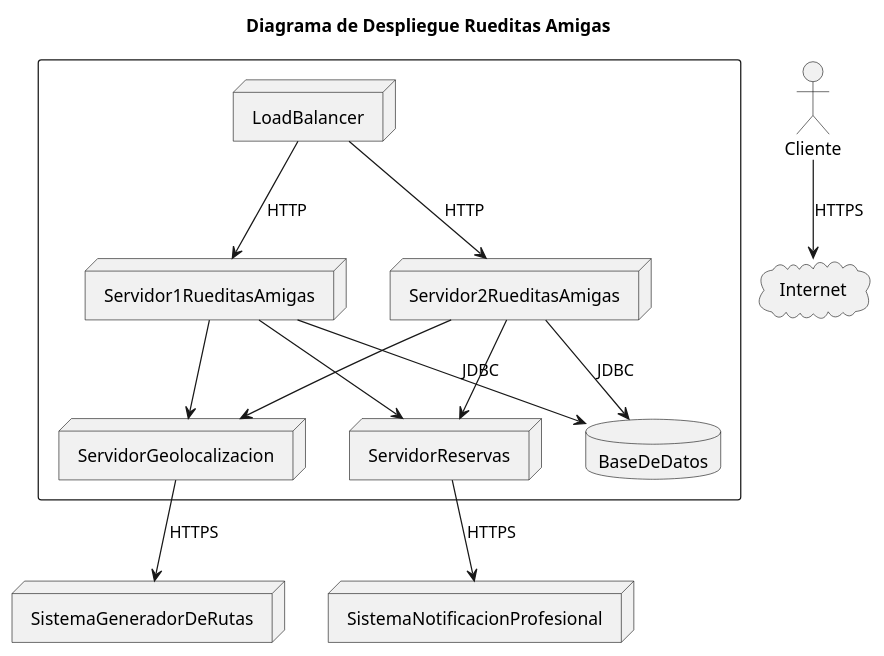
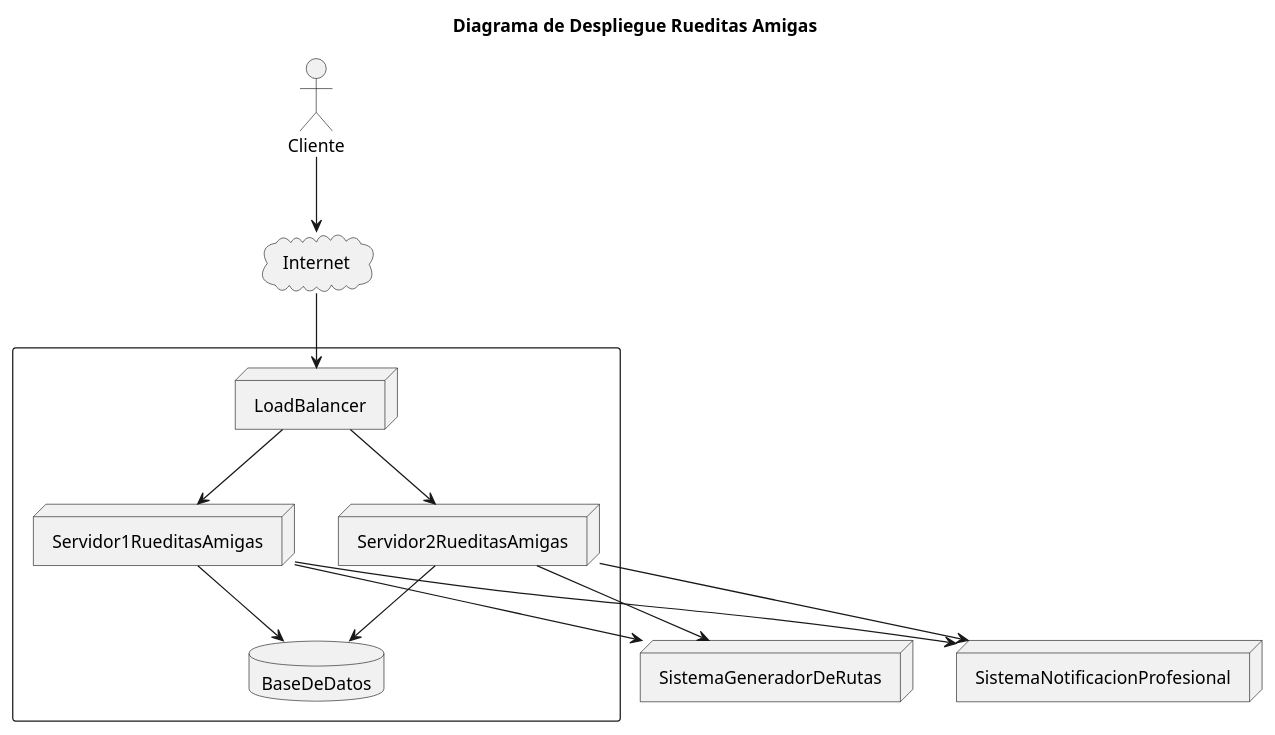
The diagram in diagrams/DiagramaDeDespliegue.puml (lrizzitano/RueditasAmigasDespliegue), drawn with PlantUML before and after one commit.

```diff
--- a/diagrams/DiagramaDeDespliegue.puml
+++ b/diagrams/DiagramaDeDespliegue.puml
@@ -1,34 +1,31 @@
 @startuml
 'https://plantuml.com/deployment-diagram
 
 title Diagrama de Despliegue Rueditas Amigas
 
 node "SistemaGeneradorDeRutas"
 actor "Cliente"
 cloud "Internet"
 node "SistemaNotificacionProfesional"
 
 
 rectangle  {
 node "LoadBalancer"
 node "Servidor1RueditasAmigas"
 node "Servidor2RueditasAmigas"
-node "ServidorGeolocalizacion"
-node "ServidorReservas"
 database "BaseDeDatos"
 }
 
-"LoadBalancer" --> "Servidor1RueditasAmigas" : HTTP
-"LoadBalancer" --> "Servidor2RueditasAmigas" : HTTP
-"Servidor1RueditasAmigas" --> "BaseDeDatos" : JDBC
-"Servidor2RueditasAmigas" --> "BaseDeDatos" : JDBC
-"Servidor1RueditasAmigas" --> "ServidorGeolocalizacion"
-"Servidor2RueditasAmigas" --> "ServidorGeolocalizacion"
-"Servidor1RueditasAmigas" --> "ServidorReservas"
-"Servidor2RueditasAmigas" --> "ServidorReservas"
-"Cliente" --> "Internet" : HTTPS
-"ServidorGeolocalizacion" --> "SistemaGeneradorDeRutas": HTTPS
-"ServidorReservas" --> "SistemaNotificacionProfesional"  : HTTPS
+"LoadBalancer" --> "Servidor1RueditasAmigas"
+"LoadBalancer" --> "Servidor2RueditasAmigas"
+"Servidor1RueditasAmigas" --> "BaseDeDatos"
+"Servidor2RueditasAmigas" --> "BaseDeDatos"
+"Servidor1RueditasAmigas" --> "SistemaNotificacionProfesional"
+"Servidor2RueditasAmigas" --> "SistemaNotificacionProfesional"
+"Servidor1RueditasAmigas" --> "SistemaGeneradorDeRutas"
+"Servidor2RueditasAmigas" --> "SistemaGeneradorDeRutas"
+"Cliente" --> "Internet"
+"Internet" --> "LoadBalancer"
 
 
 @enduml
```
